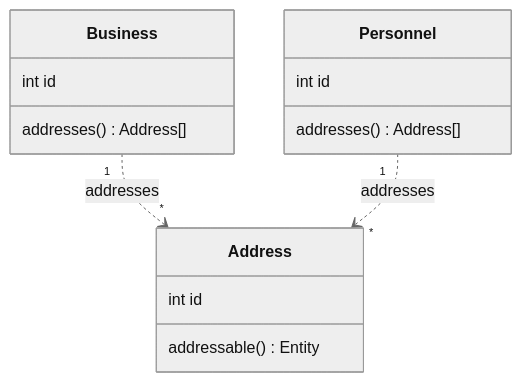
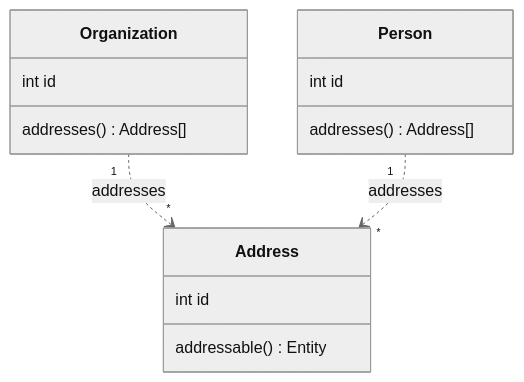
Before and after one commit to creasico/laravel-base: the sixth of 7 diagrams in database/README.md, drawn with Mermaid (neutral theme). The commit also changed other lines of this file and 98 other files, not shown here.

````diff
--- a/database/README.md
+++ b/database/README.md
@@ -414,18 +406,18 @@
 ```mermaid
 classDiagram
-    Business "1" ..> "*" Address : addresses
-    Personnel "1" ..> "*" Address : addresses
+    Organization "1" ..> "*" Address : addresses
+    Person "1" ..> "*" Address : addresses
 
     class Address {
         int id
         addressable() Entity
     }
-    class Business~Entity~ {
+    class Organization~Entity~ {
         int id
         addresses() Address[]
     }
-    class Personnel~Entity~ {
+    class Person~Entity~ {
         int id
         addresses() Address[]
     }
 ```
````
